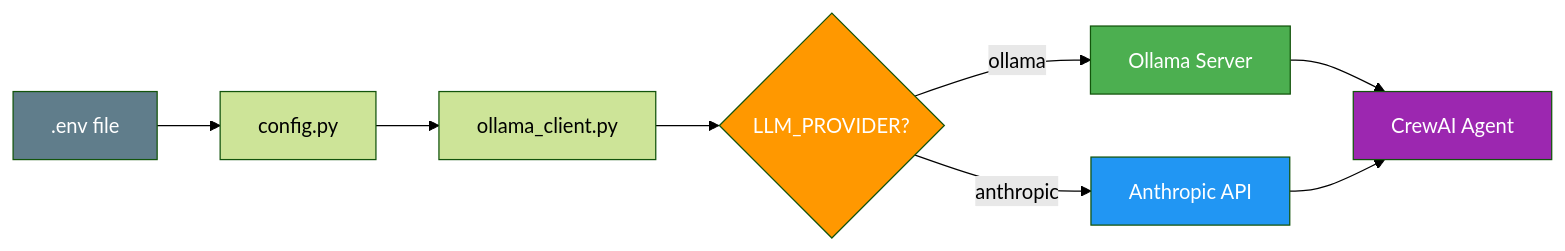
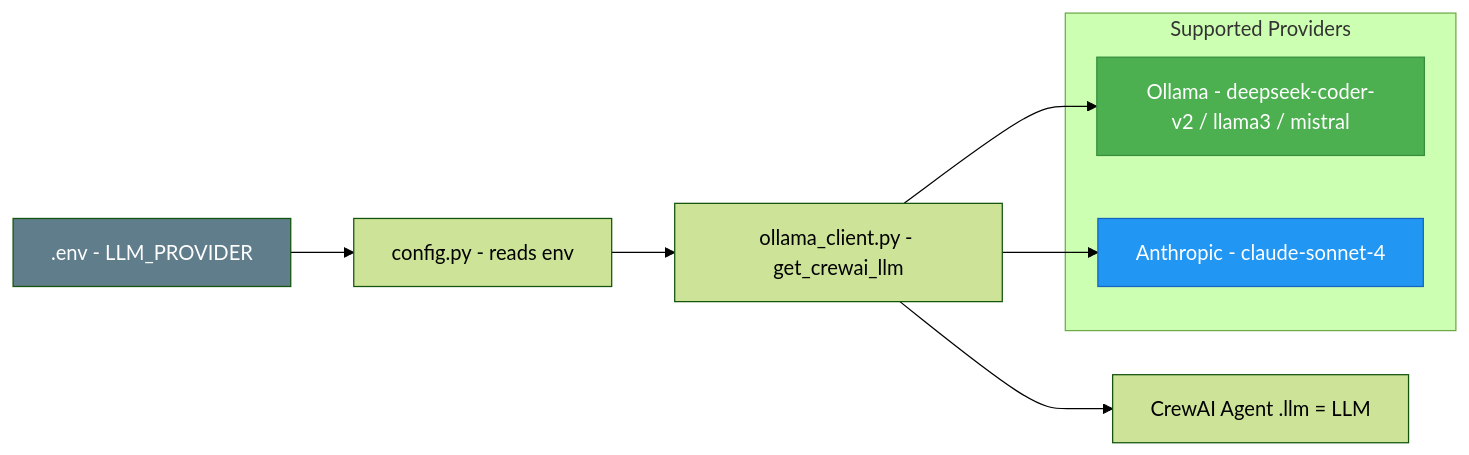
One commit to soumyachk101/IdeaForge changed the eighth of 8 diagrams in README.md. Above: the diagram before and after it, drawn with Mermaid (forest theme). The commit also changed other lines of this file, not shown here.

First line of the commit message:
Replace ASCII architecture with 3 Mermaid workflow diagrams

````diff
--- a/README.md
+++ b/README.md
@@ -517,16 +485,18 @@
 ```mermaid
-graph LR
-    ENV[".env file"] --> CONFIG["config.py"]
-    CONFIG --> CLIENT["ollama_client.py"]
-    CLIENT --> CHECK{"LLM_PROVIDER?"}
-    CHECK -->|ollama| O["Ollama Server"]
-    CHECK -->|anthropic| A["Anthropic API"]
-    O --> AGENT["CrewAI Agent"]
-    A --> AGENT
+flowchart LR
+    ENV[".env - LLM_PROVIDER"] --> CONFIG["config.py - reads env"]
+    CONFIG --> CLIENT["ollama_client.py - get_crewai_llm"]
+    CLIENT --> AGENT["CrewAI Agent .llm = LLM"]
+
+    subgraph PROVIDERS["Supported Providers"]
+        O["Ollama - deepseek-coder-v2 / llama3 / mistral"]
+        A["Anthropic - claude-sonnet-4"]
+    end
+
+    CLIENT --> O
+    CLIENT --> A
 
     style ENV fill:#607D8B,color:#fff
-    style CHECK fill:#FF9800,color:#fff
-    style O fill:#4CAF50,color:#fff
-    style A fill:#2196F3,color:#fff
-    style AGENT fill:#9C27B0,color:#fff
+    style O fill:#4CAF50,stroke:#388E3C,color:#fff
+    style A fill:#2196F3,stroke:#1565C0,color:#fff
 ```
````
